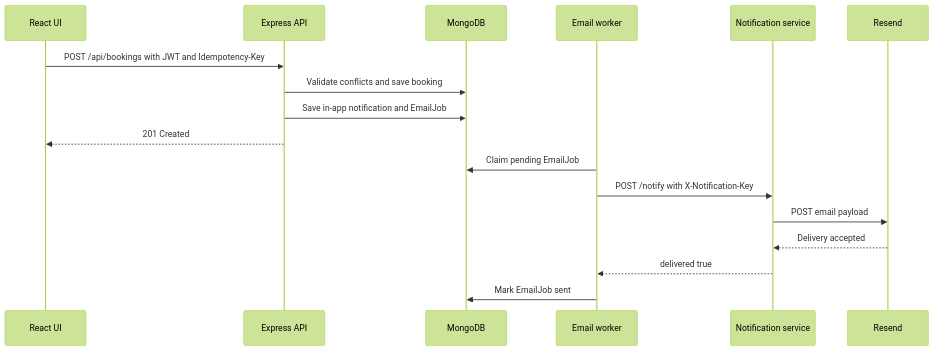
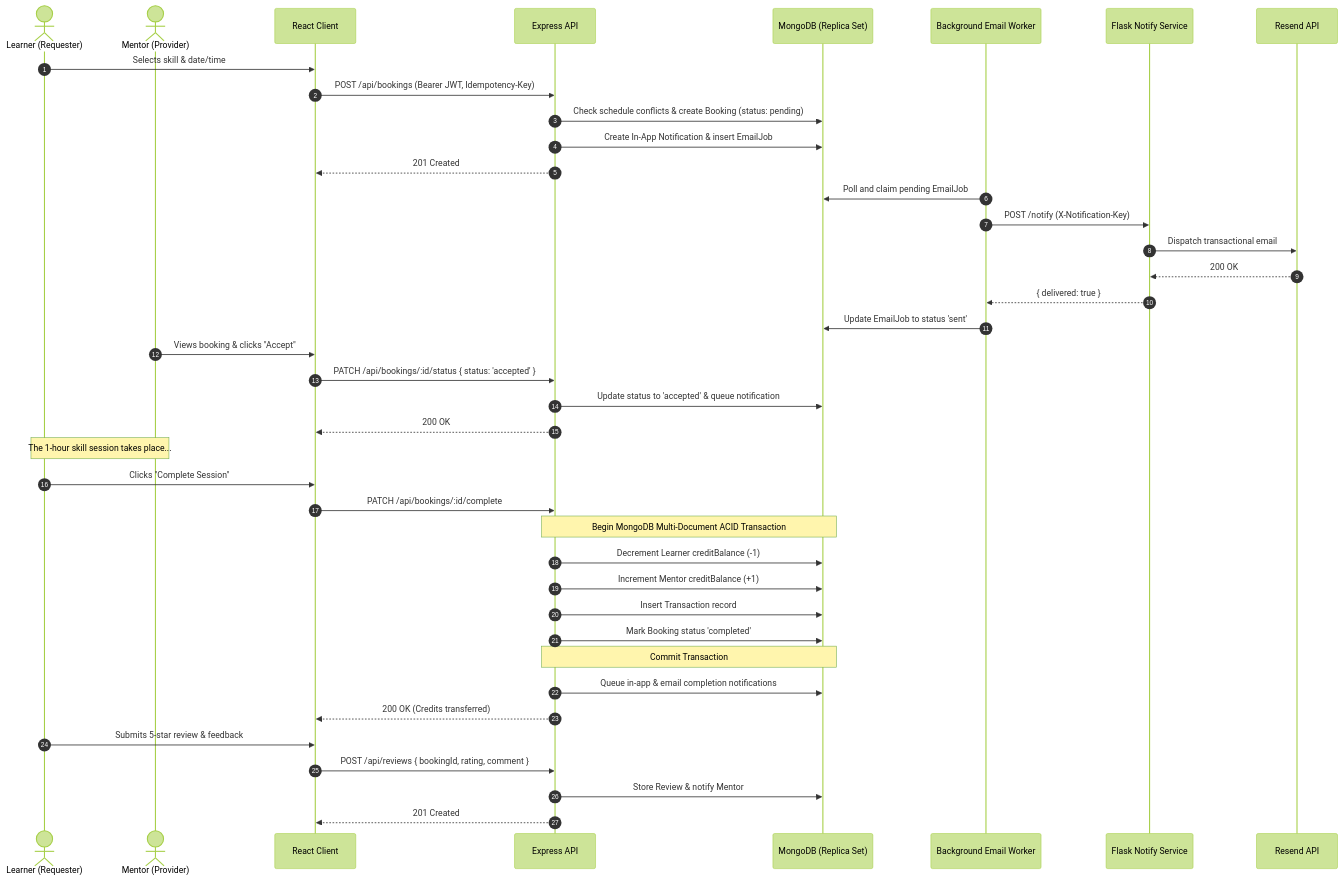
Before and after one commit to eeemrann/skillswap: the fifth of 5 diagrams in README.md, drawn with Mermaid (forest theme). The commit also changed other lines of this file, not shown here.

````diff
--- a/README.md
+++ b/README.md
@@ -188,20 +305,48 @@
 ```mermaid
 sequenceDiagram
-    participant UI as React UI
+    autonumber
+    actor Learner as Learner (Requester)
+    actor Mentor as Mentor (Provider)
+    participant Client as React Client
     participant API as Express API
-    participant DB as MongoDB
-    participant Worker as Email worker
-    participant NS as Notification service
-    participant Provider as Resend
+    participant DB as MongoDB (Replica Set)
+    participant Worker as Background Email Worker
+    participant Notify as Flask Notify Service
+    participant Resend as Resend API
 
-    UI->>API: POST /api/bookings with JWT and Idempotency-Key
-    API->>DB: Validate conflicts and save booking
-    API->>DB: Save in-app notification and EmailJob
-    API-->>UI: 201 Created
-    Worker->>DB: Claim pending EmailJob
-    Worker->>NS: POST /notify with X-Notification-Key
-    NS->>Provider: POST email payload
-    Provider-->>NS: Delivery accepted
-    NS-->>Worker: delivered true
-    Worker->>DB: Mark EmailJob sent
+    Learner->>Client: Selects skill & date/time
+    Client->>API: POST /api/bookings (Bearer JWT, Idempotency-Key)
+    API->>DB: Check schedule conflicts & create Booking (status: pending)
+    API->>DB: Create In-App Notification & insert EmailJob
+    API-->>Client: 201 Created
+    
+    Worker->>DB: Poll and claim pending EmailJob
+    Worker->>Notify: POST /notify (X-Notification-Key)
+    Notify->>Resend: Dispatch transactional email
+    Resend-->>Notify: 200 OK
+    Notify-->>Worker: { delivered: true }
+    Worker->>DB: Update EmailJob to status 'sent'
+
+    Mentor->>Client: Views booking & clicks "Accept"
+    Client->>API: PATCH /api/bookings/:id/status { status: 'accepted' }
+    API->>DB: Update status to 'accepted' & queue notification
+    API-->>Client: 200 OK
+
+    Note over Learner,Mentor: The 1-hour skill session takes place...
+
+    Learner->>Client: Clicks "Complete Session"
+    Client->>API: PATCH /api/bookings/:id/complete
+    Note over API,DB: Begin MongoDB Multi-Document ACID Transaction
+    API->>DB: Decrement Learner creditBalance (-1)
+    API->>DB: Increment Mentor creditBalance (+1)
+    API->>DB: Insert Transaction record
+    API->>DB: Mark Booking status 'completed'
+    Note over API,DB: Commit Transaction
+    API->>DB: Queue in-app & email completion notifications
+    API-->>Client: 200 OK (Credits transferred)
+
+    Learner->>Client: Submits 5-star review & feedback
+    Client->>API: POST /api/reviews { bookingId, rating, comment }
+    API->>DB: Store Review & notify Mentor
+    API-->>Client: 201 Created
 ```
````
